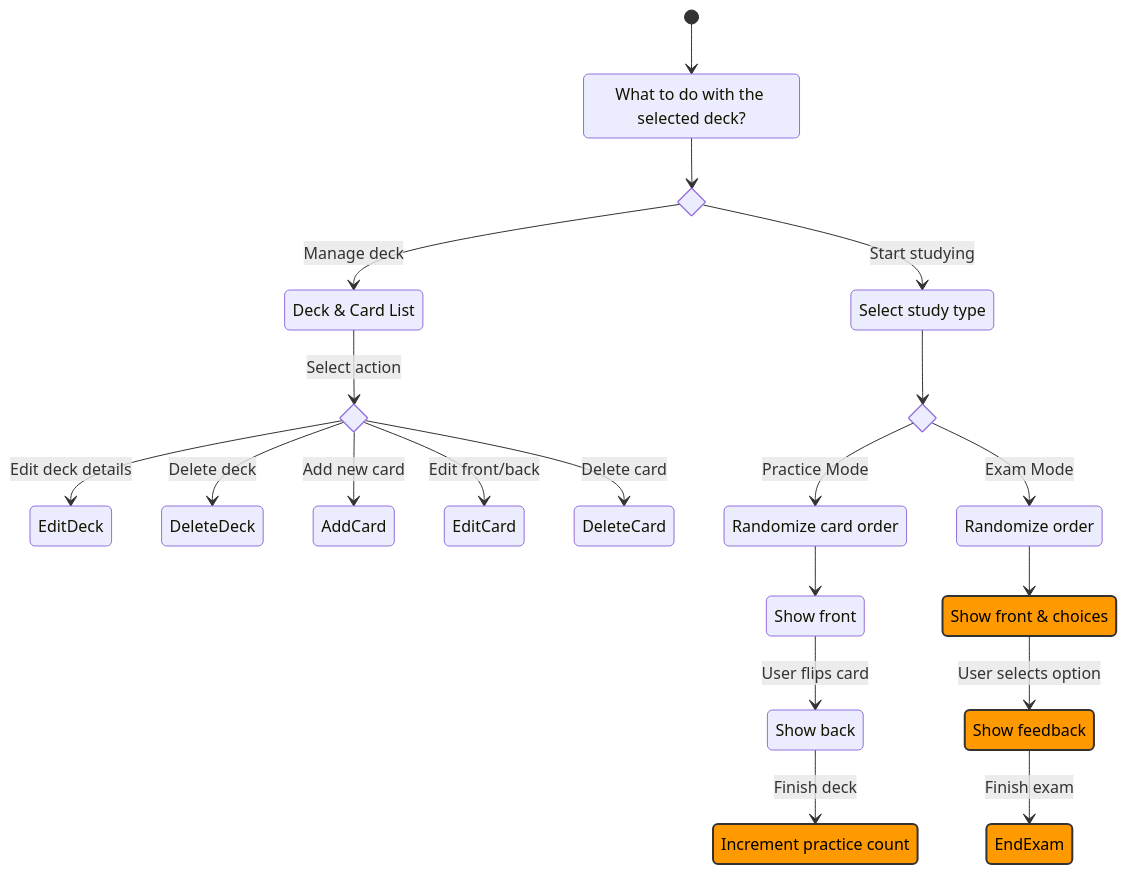
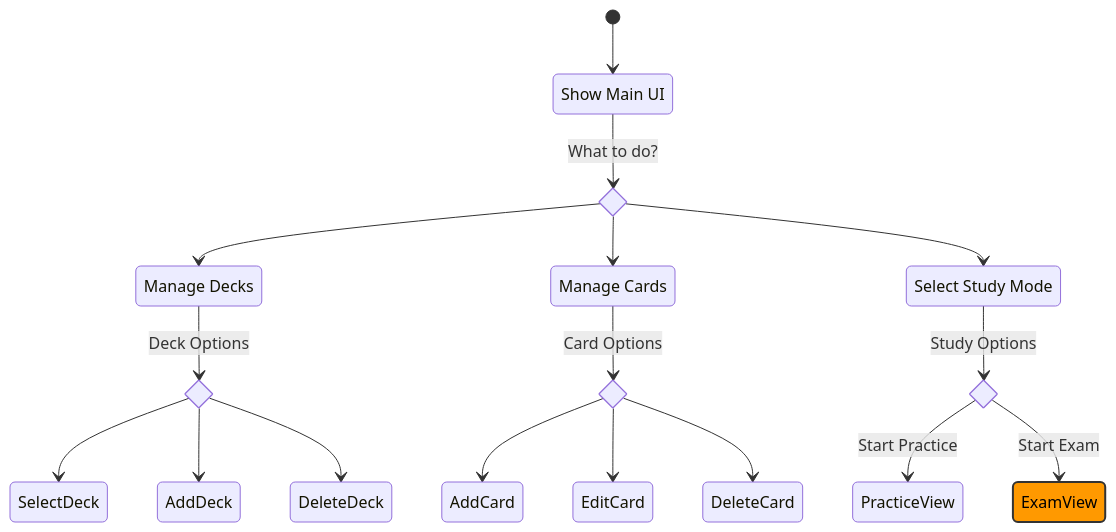
One commit to sourander/ankea changed the fifth of 7 diagrams in docs/project_plan.md. Above: the diagram before and after it, drawn with Mermaid. The commit also changed other lines of this file and 3 other files, not shown here.

````diff
--- a/docs/project_plan.md
+++ b/docs/project_plan.md
@@ -139,63 +150,41 @@
 ```mermaid
 stateDiagram-v2
     classDef extension fill:#ff9900,stroke:#333,stroke-width:2px,color:black;
 
-    state options_choice <<choice>>
-    state edit_choice <<choice>>
-    state study_choice <<choice>>
+    state what_to_do <<choice>>
+    state deck_actions <<choice>>
+    state card_actions <<choice>>
+    state study_actions <<choice>>
 
-    Options: What to do with the selected deck?
+    [*] --> Dashboard
+    
+    Dashboard: Show Main UI
+    Dashboard --> what_to_do: What to do?
 
-    [*] --> Options
-    Options --> options_choice
+    %% The Three Main Categories
+    what_to_do --> DecksTab
+    what_to_do --> CardsTab
+    what_to_do --> StudyRoom
 
-    %% -------------------------------
-    %% BRANCH 1: DECK EDITOR
-    %% -------------------------------
-    options_choice --> DeckEditor: Manage deck
+    %% Decks Tab Options
+    DecksTab: Manage Decks
+    DecksTab --> deck_actions: Deck Options
+    deck_actions --> SelectDeck
+    deck_actions --> AddDeck
+    deck_actions --> DeleteDeck
 
-    DeckEditor: Deck & Card List
-    DeckEditor --> edit_choice: Select action
+    %% Cards Tab Options
+    CardsTab: Manage Cards
+    CardsTab --> card_actions: Card Options
+    card_actions --> AddCard
+    card_actions --> EditCard
+    card_actions --> DeleteCard
 
-    edit_choice --> EditDeck: Edit deck details
+    %% Study Room Options
+    StudyRoom: Select Study Mode
+    StudyRoom --> study_actions: Study Options
+    study_actions --> PracticeView: Start Practice
+    study_actions --> ExamView: Start Exam
 
-    edit_choice --> DeleteDeck: Delete deck
-    edit_choice --> AddCard: Add new card
-    edit_choice --> EditCard: Edit front/back
-    edit_choice --> DeleteCard: Delete card
-
-    %% -------------------------------
-    %% BRANCH 2: STUDY MODES
-    %% -------------------------------
-    options_choice --> StudyMode: Start studying
-
-    StudyMode: Select study type
-    StudyMode --> study_choice
-
-
-    %% --- Practice Mode Sub-branch ---
-    study_choice --> InitPractice: Practice Mode
-
-    InitPractice: Randomize card order
-    InitPractice --> PracticeTerm
-    PracticeTerm: Show front
-    PracticeTerm --> PracticeFlip: User flips card
-
-    PracticeFlip: Show back
-    PracticeFlip --> EndPractice: Finish deck
-    EndPractice: Increment practice count
-
-    %% --- Exam Mode Sub-branch ---
-    study_choice --> InitExam: Exam Mode
-
-    InitExam: Randomize order
-    InitExam --> ExamQuestion
-
-    ExamQuestion: Show front & choices
-    ExamQuestion --> ExamAnswer: User selects option
-    ExamAnswer: Show feedback
-    ExamAnswer --> EndExam: Finish exam
-
-    class ExamQuestion, ExamAnswer, EndExam extension
-    class EndPractice extension
+    class ExamView extension
 ```
````
